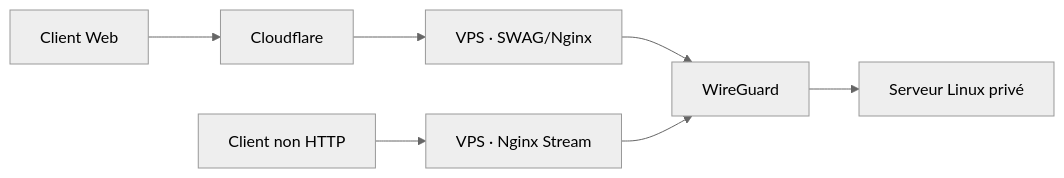
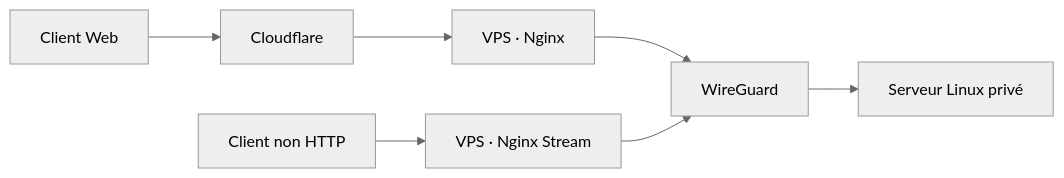
Before and after one commit to thadji-fr/devsecops: the diagram in projects/network-edge/README.md, drawn with Mermaid (neutral theme).

Commit message:
docs: consistently name Nginx as reverse proxy in projects and Stream examples

````diff
--- a/projects/network-edge/README.md
+++ b/projects/network-edge/README.md
@@ -5,9 +5,9 @@
 ```mermaid
 flowchart LR
    Client[Client Web] --> CF[Cloudflare]
-   CF --> Proxy["VPS · SWAG/Nginx"]
+   CF --> Proxy["VPS · Nginx"]
    AppClient[Client non HTTP] --> Stream["VPS · Nginx Stream"]
    Proxy --> Tunnel[WireGuard]
    Stream --> Tunnel
    Tunnel --> Backend[Serveur Linux privé]
 ```
````
